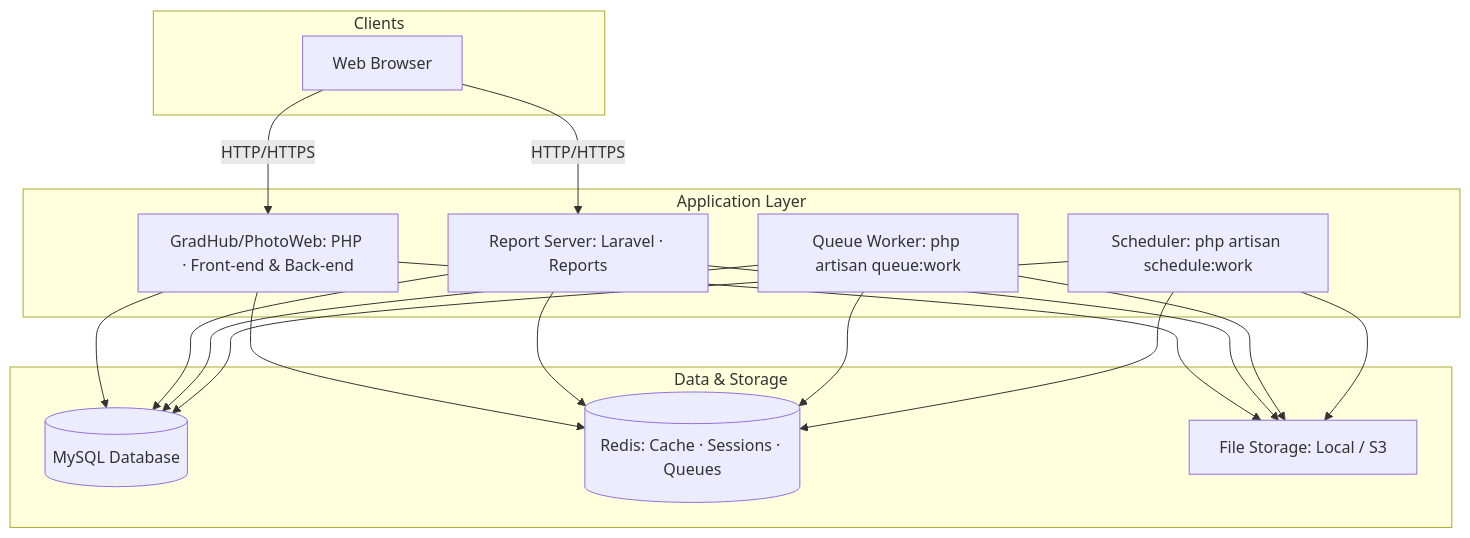
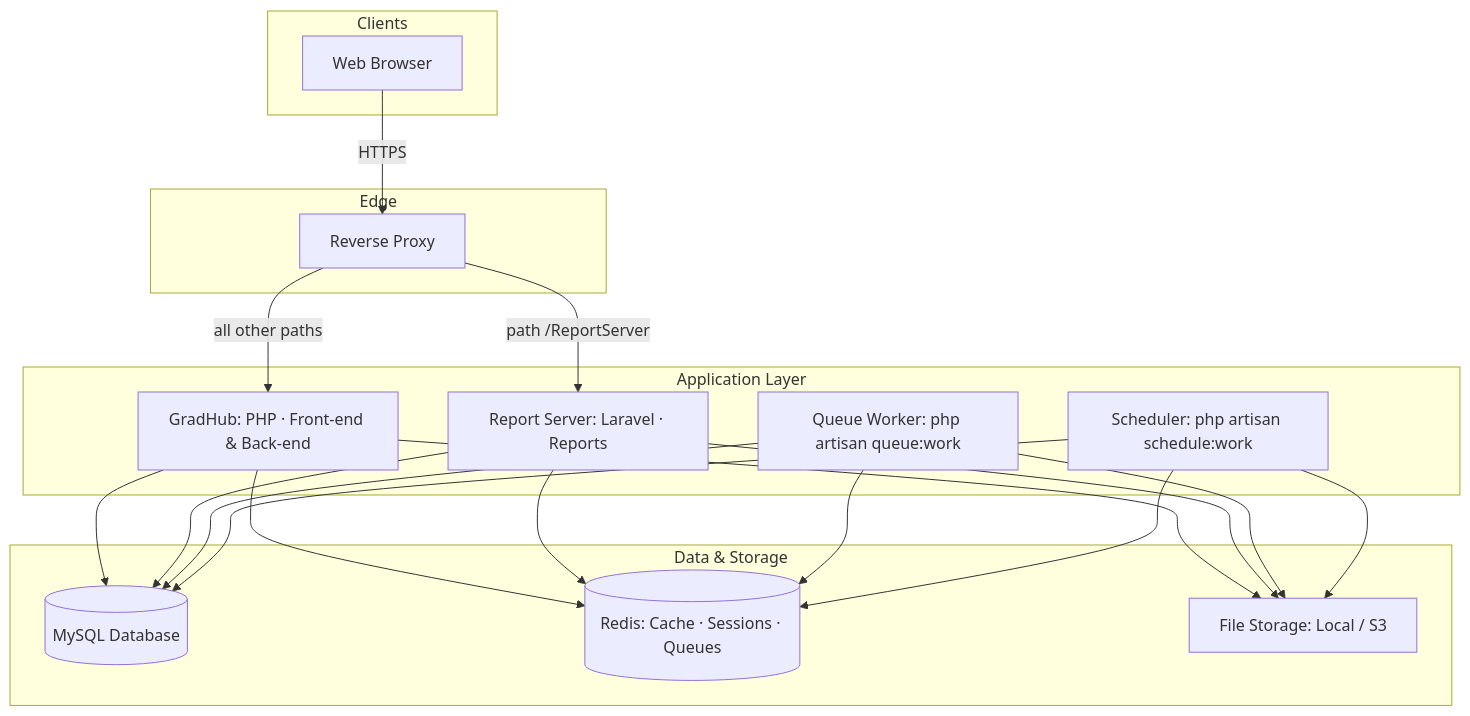
The first of 7 diagrams in architecture.md (yeremko/gatest), drawn with Mermaid before and after one commit. The commit also changed other lines of this file, not shown here.

````diff
--- a/architecture.md
+++ b/architecture.md
@@ -9,34 +9,39 @@
 ```mermaid
 flowchart TB
     subgraph Clients["Clients"]
         Browser[Web Browser]
     end
 
+    subgraph Edge["Edge"]
+        Proxy[Reverse Proxy]
+    end
+
     subgraph Application["Application Layer"]
-        App[GradHub/PhotoWeb: PHP · Front-end & Back-end]
+        App[GradHub: PHP · Front-end & Back-end]
         ReportServer[Report Server: Laravel · Reports]
         QueueWorker[Queue Worker: php artisan queue:work]
         Scheduler[Scheduler: php artisan schedule:work]
     end
 
     subgraph Data["Data & Storage"]
         MySQL[(MySQL Database)]
         Redis[(Redis: Cache · Sessions · Queues)]
         FS[File Storage: Local / S3]
     end
 
-    Browser -->|HTTP/HTTPS| App
-    Browser -->|HTTP/HTTPS| ReportServer
+    Browser -->|HTTPS| Proxy
+    Proxy -->|path /ReportServer| ReportServer
+    Proxy -->|all other paths| App
     App --> MySQL
     App --> Redis
     App --> FS
     ReportServer --> MySQL
     ReportServer --> Redis
     ReportServer --> FS
     QueueWorker --> MySQL
     QueueWorker --> Redis
     QueueWorker --> FS
     Scheduler --> MySQL
     Scheduler --> Redis
     Scheduler --> FS
 ```
````
